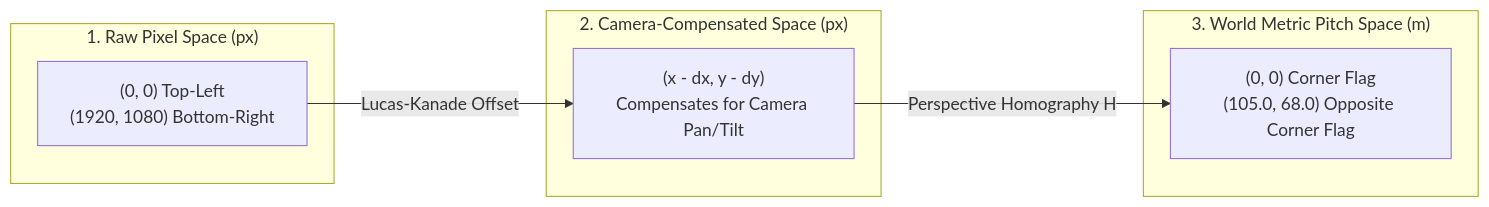
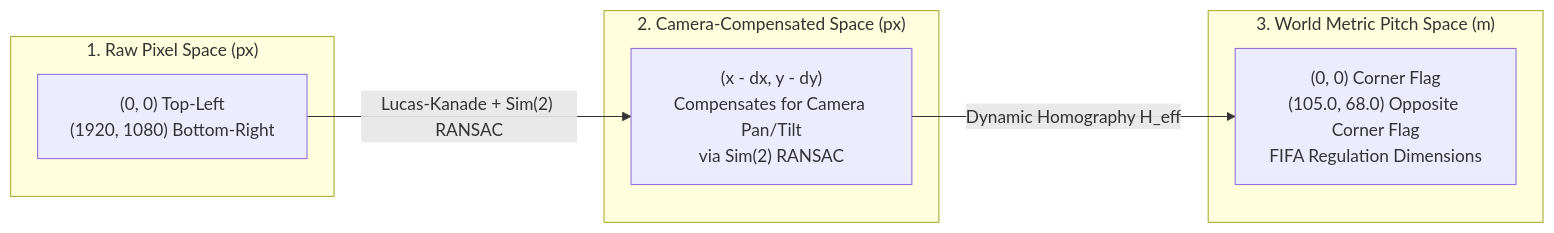
One commit to donaldng05/football-cv changed the second of 3 diagrams in docs/architecture.md. Above: the diagram before and after it, drawn with Mermaid. The commit also changed other lines of this file and 9 other files, not shown here.

````diff
--- a/docs/architecture.md
+++ b/docs/architecture.md
@@ -81,17 +164,17 @@
 ```mermaid
 graph LR
     subgraph ImageSpace ["1. Raw Pixel Space (px)"]
-        A["(0, 0) Top-Left\n(1920, 1080) Bottom-Right"]
+        A["(0, 0) Top-Left<br/>(1920, 1080) Bottom-Right"]
     end
 
     subgraph StabilizedSpace ["2. Camera-Compensated Space (px)"]
-        B["(x - dx, y - dy)\nCompensates for Camera Pan/Tilt"]
+        B["(x - dx, y - dy)<br/>Compensates for Camera Pan/Tilt<br/>via Sim(2) RANSAC"]
     end
 
     subgraph PitchSpace ["3. World Metric Pitch Space (m)"]
-        C["(0, 0) Corner Flag\n(105.0, 68.0) Opposite Corner Flag"]
+        C["(0, 0) Corner Flag<br/>(105.0, 68.0) Opposite Corner Flag<br/>FIFA Regulation Dimensions"]
     end
 
-    A -->|Lucas-Kanade Offset| B
-    B -->|Perspective Homography H| C
+    A -->|"Lucas-Kanade + Sim(2) RANSAC"| B
+    B -->|"Dynamic Homography H_eff"| C
 ```
````
